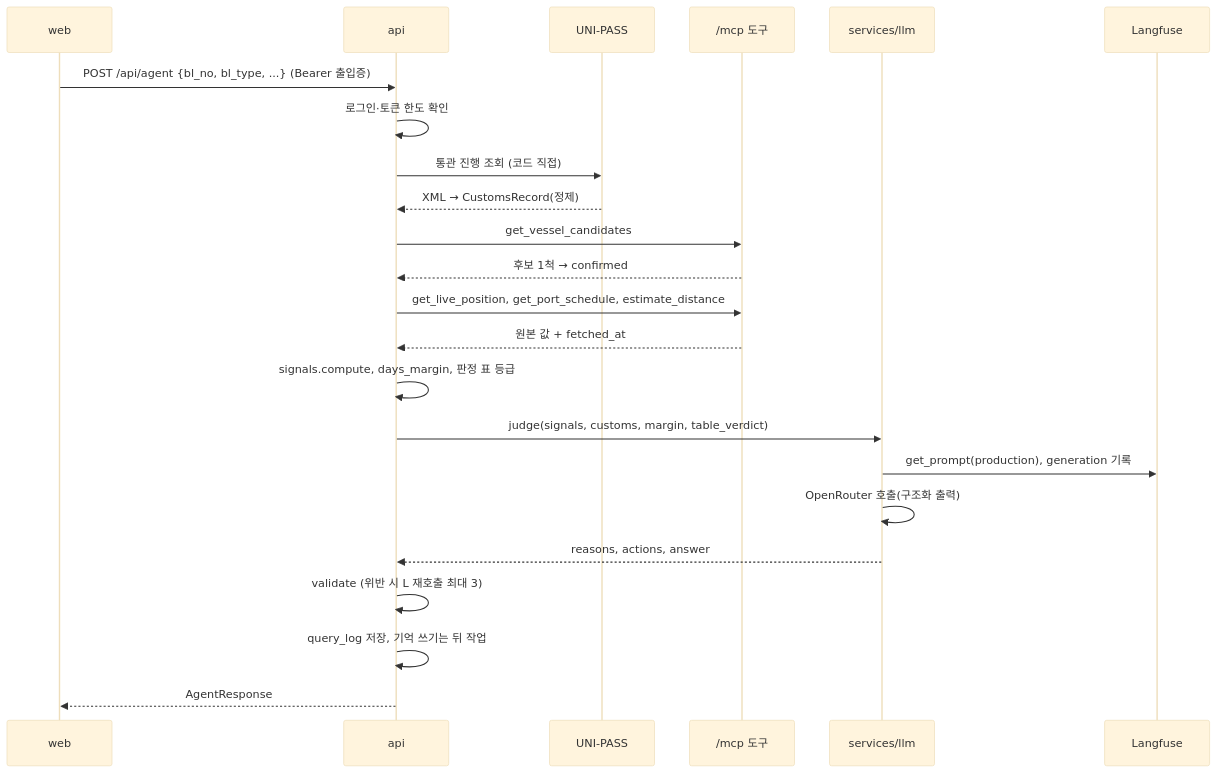
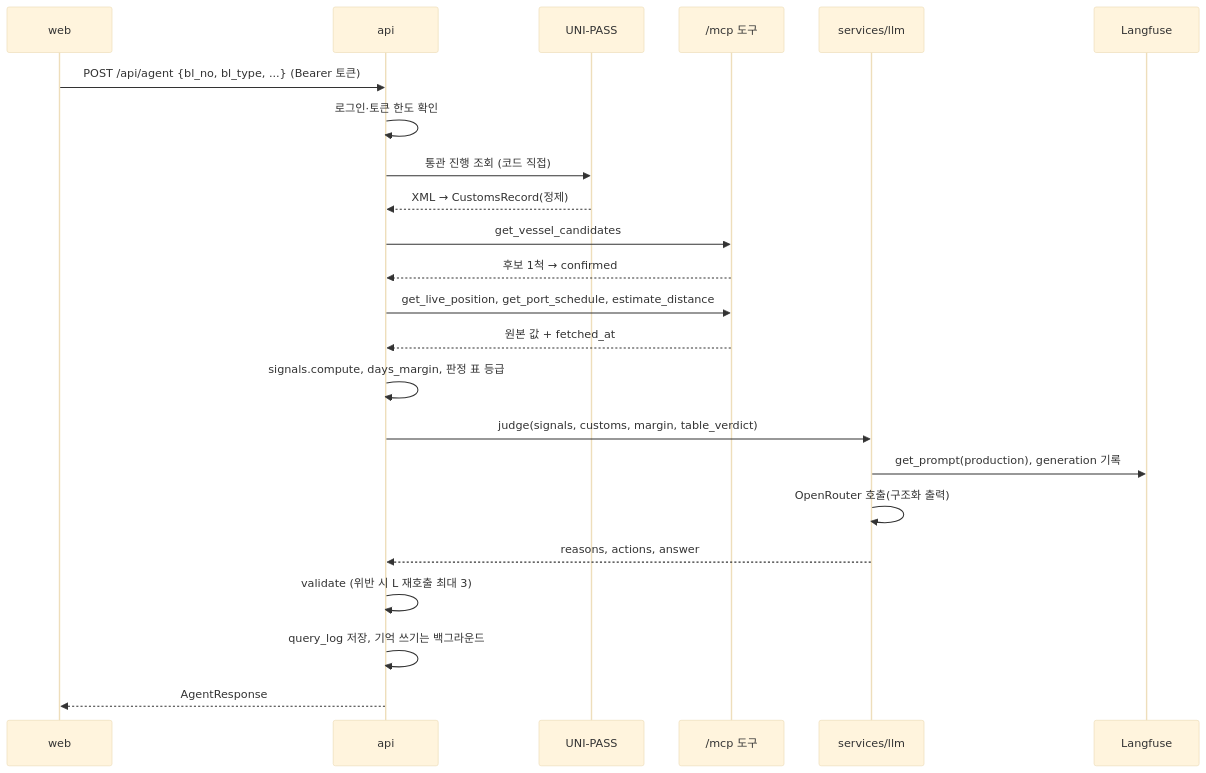
Before and after one commit to HJU5022/Marvia: the third of 3 diagrams in docs/Marvia_SDD.md, drawn with Mermaid (base theme). The commit also changed other lines of this file and 5 other files, not shown here.

First line of the commit message:
docs: PRD·SDD·작업 리스트·ERD·prompt_versions를 지금 코드 기준으로 다시 씀

````diff
--- a/docs/Marvia_SDD.md
+++ b/docs/Marvia_SDD.md
@@ -546,25 +403,25 @@
 ```mermaid
 sequenceDiagram
   participant W as web
   participant A as api
   participant UP as UNI-PASS
   participant M as /mcp 도구
   participant L as services/llm
   participant LF as Langfuse
-  W->>A: POST /api/agent {bl_no, bl_type, ...} (Bearer 출입증)
+  W->>A: POST /api/agent {bl_no, bl_type, ...} (Bearer 토큰)
   A->>A: 로그인·토큰 한도 확인
   A->>UP: 통관 진행 조회 (코드 직접)
   UP-->>A: XML → CustomsRecord(정제)
   A->>M: get_vessel_candidates
   M-->>A: 후보 1척 → confirmed
   A->>M: get_live_position, get_port_schedule, estimate_distance
   M-->>A: 원본 값 + fetched_at
   A->>A: signals.compute, days_margin, 판정 표 등급
   A->>L: judge(signals, customs, margin, table_verdict)
   L->>LF: get_prompt(production), generation 기록
   L->>L: OpenRouter 호출(구조화 출력)
   L-->>A: reasons, actions, answer
   A->>A: validate (위반 시 L 재호출 최대 3)
-  A->>A: query_log 저장, 기억 쓰기는 뒤 작업
+  A->>A: query_log 저장, 기억 쓰기는 백그라운드
   A-->>W: AgentResponse
 ```
````
